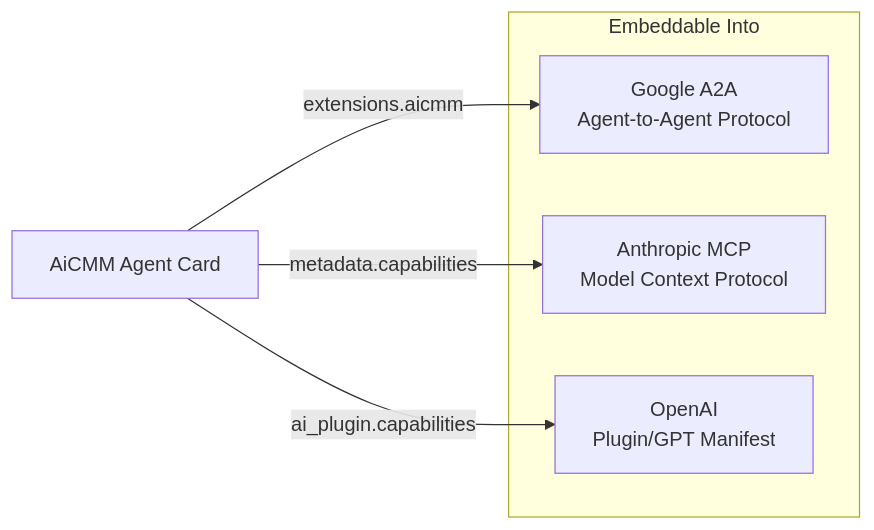
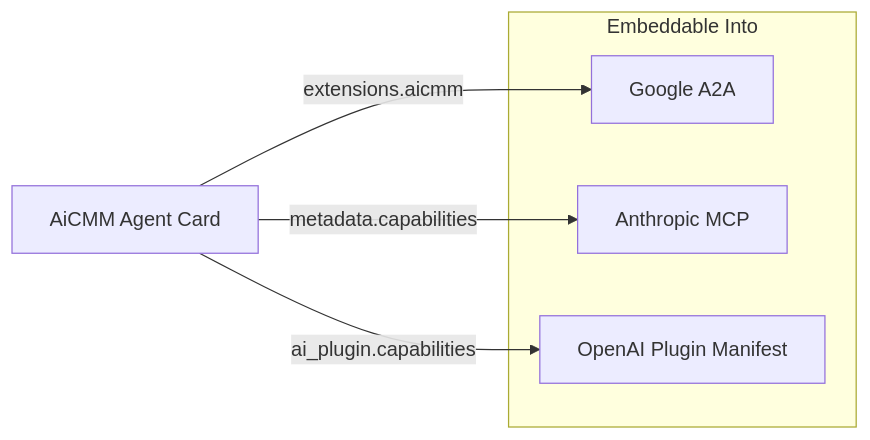
One commit to snchande/Arima-AiCMM changed the fourth of 6 diagrams in docs/PRODUCT-BROCHURE.md. Above: the diagram before and after it, drawn with Mermaid. The commit also changed other lines of this file and 1 other file, not shown here.

First line of the commit message:
Add copy-paste CLI recipes and fix Mermaid diagrams

````diff
--- a/docs/PRODUCT-BROCHURE.md
+++ b/docs/PRODUCT-BROCHURE.md
@@ -493,14 +917,12 @@
 ```mermaid
 graph LR
     Card[AiCMM Agent Card]
-
-    subgraph Standards["Embeddable Into"]
-        A2A[Google A2A<br/>Agent-to-Agent Protocol]
-        MCP2[Anthropic MCP<br/>Model Context Protocol]
-        OpenAI[OpenAI<br/>Plugin/GPT Manifest]
+    subgraph Standards[Embeddable Into]
+        A2A[Google A2A]
+        MCP2[Anthropic MCP]
+        OpenAI[OpenAI Plugin Manifest]
     end
-
-    Card -->|"extensions.aicmm"| A2A
-    Card -->|"metadata.capabilities"| MCP2
-    Card -->|"ai_plugin.capabilities"| OpenAI
+    Card -->|extensions.aicmm| A2A
+    Card -->|metadata.capabilities| MCP2
+    Card -->|ai_plugin.capabilities| OpenAI
 ```
````
